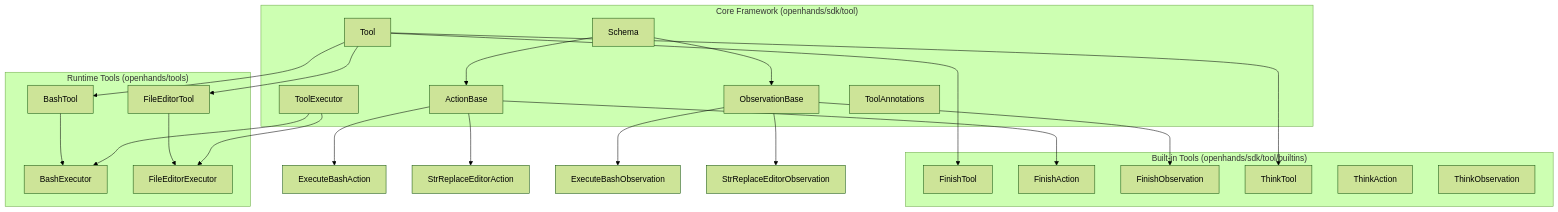
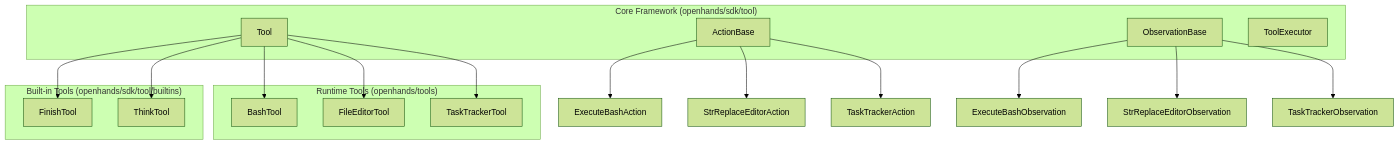
Before and after one commit to vivekvjnk/agent-sdk: the first of 3 diagrams in docs/tools-system.md, drawn with Mermaid (forest theme). The commit also changed other lines of this file and 2 other files, not shown here.

````diff
--- a/docs/tools-system.md
+++ b/docs/tools-system.md
@@ -9,47 +9,34 @@
 ```mermaid
 graph TB
     subgraph "Core Framework (openhands/sdk/tool)"
-        Schema[Schema]
+        Tool[Tool]
         ActionBase[ActionBase]
         ObservationBase[ObservationBase]
-        Tool[Tool]
         ToolExecutor[ToolExecutor]
-        ToolAnnotations[ToolAnnotations]
     end
     
     subgraph "Built-in Tools (openhands/sdk/tool/builtins)"
         FinishTool[FinishTool]
-        FinishAction[FinishAction]
-        FinishObservation[FinishObservation]
         ThinkTool[ThinkTool]
-        ThinkAction[ThinkAction]
-        ThinkObservation[ThinkObservation]
     end
     
     subgraph "Runtime Tools (openhands/tools)"
         BashTool[BashTool]
         FileEditorTool[FileEditorTool]
-        BashExecutor[BashExecutor]
-        FileEditorExecutor[FileEditorExecutor]
+        TaskTrackerTool[TaskTrackerTool]
     end
     
-    Schema --> ActionBase
-    Schema --> ObservationBase
-    ActionBase --> FinishAction
+    Tool --> FinishTool
+    Tool --> ThinkTool
+    Tool --> BashTool
+    Tool --> FileEditorTool
+    Tool --> TaskTrackerTool
+    
     ActionBase --> ExecuteBashAction
     ActionBase --> StrReplaceEditorAction
-    ObservationBase --> FinishObservation
+    ActionBase --> TaskTrackerAction
+    
     ObservationBase --> ExecuteBashObservation
     ObservationBase --> StrReplaceEditorObservation
-    
-    Tool --> BashTool
-    Tool --> FileEditorTool
-    Tool --> FinishTool
-    Tool --> ThinkTool
-    
-    ToolExecutor --> BashExecutor
-    ToolExecutor --> FileEditorExecutor
-    
-    BashTool --> BashExecutor
-    FileEditorTool --> FileEditorExecutor
+    ObservationBase --> TaskTrackerObservation
 ```
````
